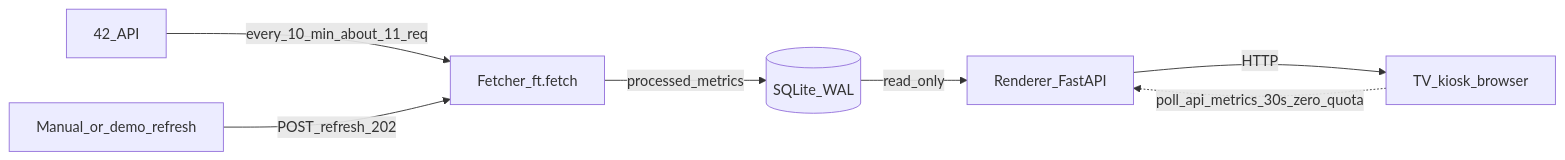
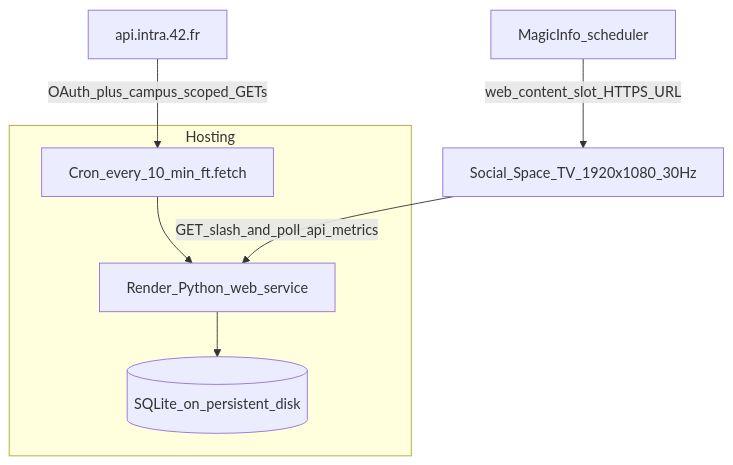
One commit to aminoqr/intravision changed the first of 3 diagrams in docs/architecture.md. Above: the diagram before and after it, drawn with Mermaid. The commit also changed other lines of this file and 10 other files, not shown here.

Commit message:
docs: rewrite api research, architecture, pitch, and readme

````diff
--- a/docs/architecture.md
+++ b/docs/architecture.md
@@ -19,9 +53,13 @@
 ```mermaid
-flowchart LR
-    API[42_API] -->|every_10_min_about_11_req| F[Fetcher_ft.fetch]
-    F -->|processed_metrics| S[(SQLite_WAL)]
-    S -->|read_only| R[Renderer_FastAPI]
-    R -->|HTTP| TV[TV_kiosk_browser]
-    TV -.->|poll_api_metrics_30s_zero_quota| R
-    OP[Manual_or_demo_refresh] -->|POST_refresh_202| F
+flowchart TB
+  subgraph host [Hosting]
+    Render[Render_Python_web_service]
+    Cron[Cron_every_10_min_ft.fetch]
+    DB[(SQLite_on_persistent_disk)]
+    Cron --> Render
+    Render --> DB
+  end
+  Intra[api.intra.42.fr] -->|OAuth_plus_campus_scoped_GETs| Cron
+  Magic[MagicInfo_scheduler] -->|web_content_slot_HTTPS_URL| TV[Social_Space_TV_1920x1080_30Hz]
+  TV -->|GET_slash_and_poll_api_metrics| Render
 ```
````
